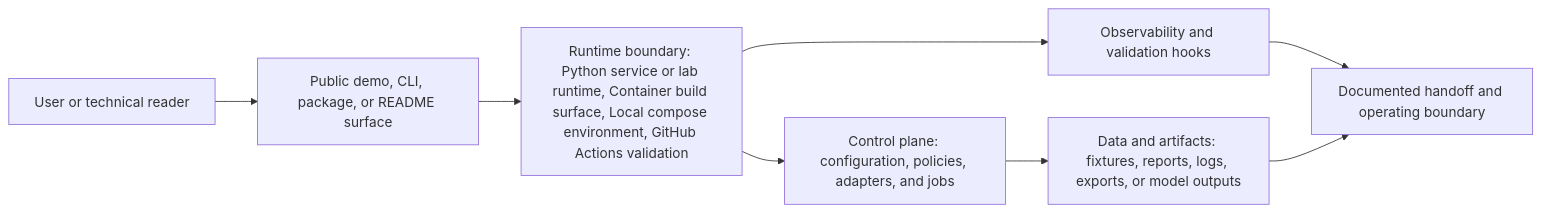
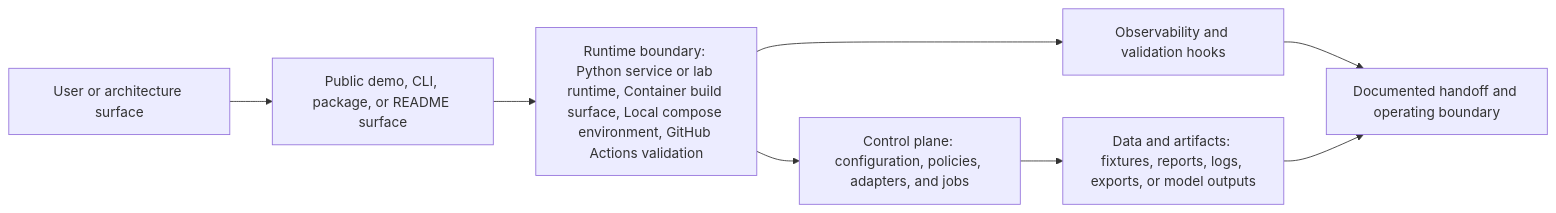
One commit to KIM3310/kbbq-idle-unity changed the diagram in docs/system-architecture.md. Above: the diagram before and after it, drawn with Mermaid. The commit also changed 35 other files, not shown here.

Commit message:
Polish architecture-centered repository surfaces

````diff
--- a/docs/system-architecture.md
+++ b/docs/system-architecture.md
@@ -18,10 +18,10 @@
 ```mermaid
 flowchart LR
-    User["User or technical reader"] --> Surface["Public demo, CLI, package, or README surface"]
+    User["User or architecture surface"] --> Surface["Public demo, CLI, package, or README surface"]
     Surface --> Runtime["Runtime boundary: Python service or lab runtime, Container build surface, Local compose environment, GitHub Actions validation"]
     Runtime --> Control["Control plane: configuration, policies, adapters, and jobs"]
     Control --> Data["Data and artifacts: fixtures, reports, logs, exports, or model outputs"]
     Runtime --> Observability["Observability and validation hooks"]
     Observability --> Handoff["Documented handoff and operating boundary"]
     Data --> Handoff
 ```
````
